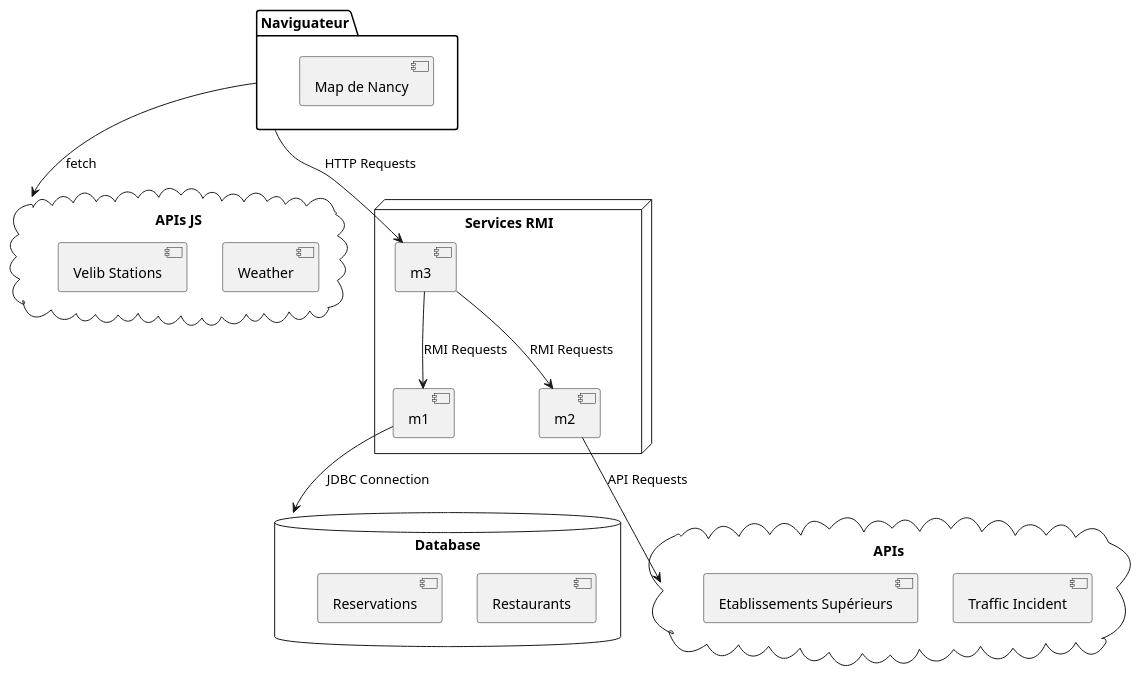
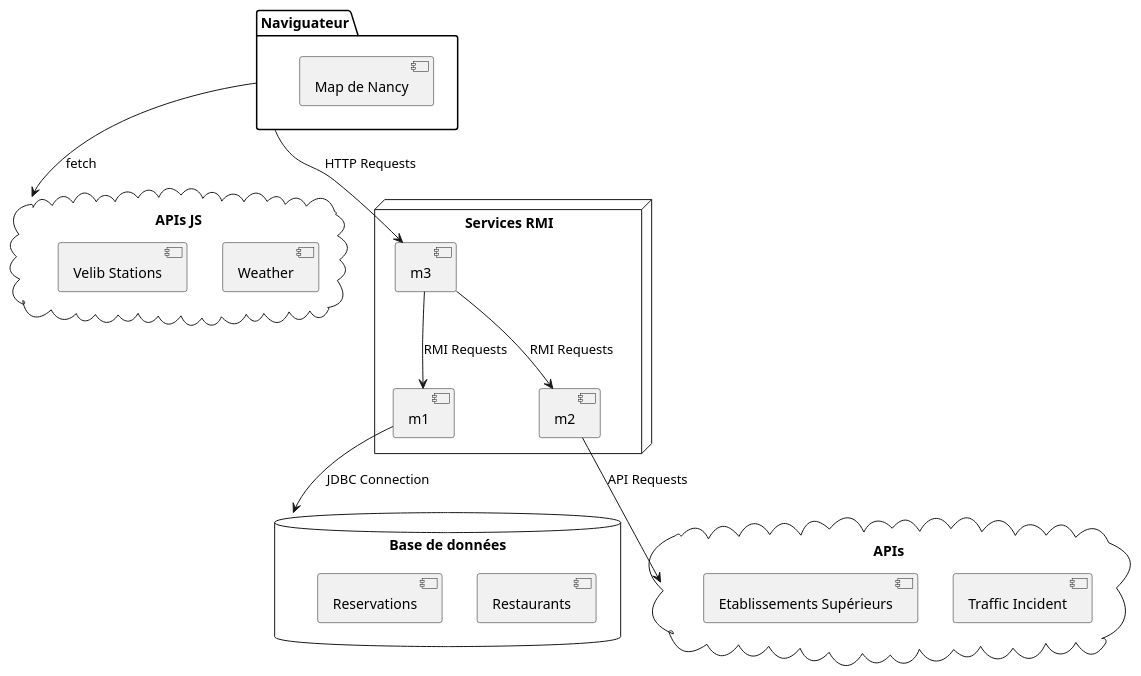
One commit to Tomtom5468/SAE_appli-repartie changed the diagram in diagramme.puml. Above: the diagram before and after it, drawn with PlantUML. The commit also changed 1 other file, not shown here.

Commit message:
Modif diagramme

```diff
--- a/diagramme.puml
+++ b/diagramme.puml
@@ -1,35 +1,35 @@
 @startuml
 
 package "Naviguateur" {
   [Map de Nancy]
 }
 
-database "Database" {
+database "Base de données" {
   [Restaurants]
   [Reservations]
 }
 
 cloud "APIs JS" {
   [Weather]
   [Velib Stations]
 }
 
 cloud "APIs" {
   [Traffic Incident]
   [Etablissements Supérieurs]
 }
 
 node "Services RMI" {
   [m1]
   [m2]
   [m3]
 }
 
 "Naviguateur" --> m3 : HTTP Requests
 "Naviguateur" --> "APIs JS" : fetch
 m3 --> m2 : RMI Requests
 m2 --> APIs : API Requests
-m1 --> Database : JDBC Connection
+m1 --> "Base de données" : JDBC Connection
 m3 --> m1 : RMI Requests
 
 @enduml
```
